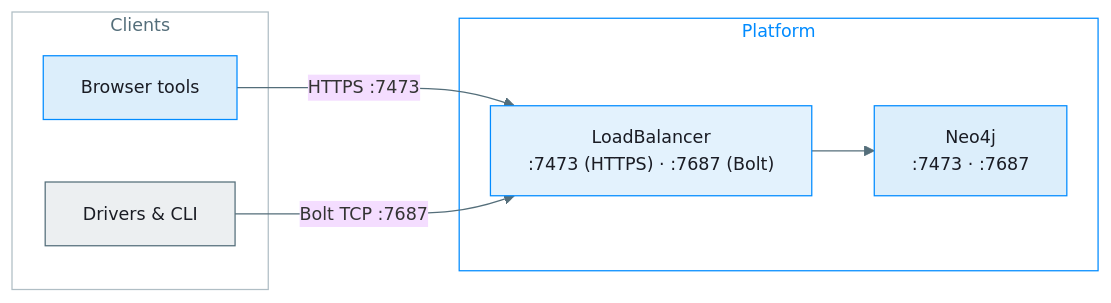
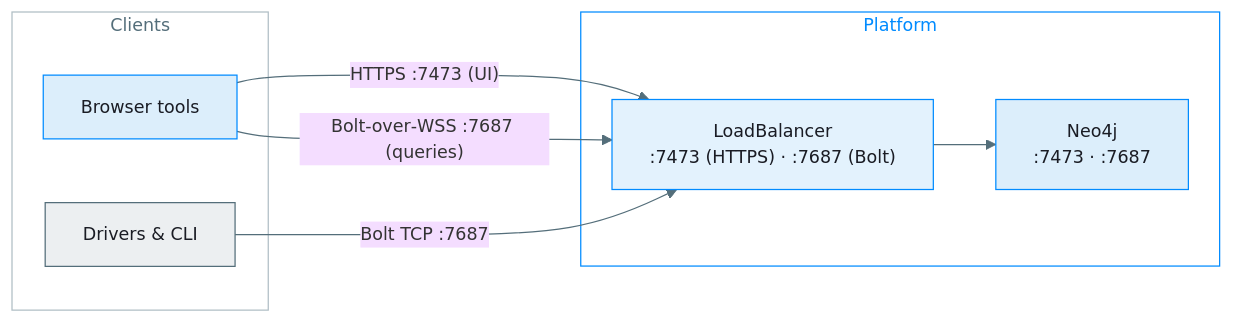
One commit to sebastien-paltrie-neo4j/neo4j-kubernetes changed the fourth of 4 diagrams in neo4j-client-access-patterns.md. Above: the diagram before and after it, drawn with Mermaid. The commit also changed other lines of this file, not shown here.

````diff
--- a/neo4j-client-access-patterns.md
+++ b/neo4j-client-access-patterns.md
@@ -208,24 +212,25 @@
 ```mermaid
 %%{init: {'theme':'base', 'themeVariables': {'lineColor':'#546E7A','fontSize':'14px'}}}%%
 flowchart LR
     subgraph clients ["Clients"]
         b["Browser tools"]
         d["Drivers & CLI"]
     end
 
     subgraph platform ["Platform"]
         lb["LoadBalancer<br/>:7473 (HTTPS) · :7687 (Bolt)"]
         neo["Neo4j<br/>:7473 · :7687"]
     end
 
-    b -- "HTTPS :7473" --> lb
+    b -- "HTTPS :7473 (UI)" --> lb
+    b -- "Bolt‑over‑WSS :7687 (queries)" --> lb
     d -- "Bolt TCP :7687" --> lb
     lb --> neo
 
     style b fill:#DCEEFB,stroke:#018BFF,color:#1A1C24
     style d fill:#ECEFF1,stroke:#546E7A,color:#1A1C24
     style lb fill:#E3F2FD,stroke:#018BFF,color:#1A1C24
     style neo fill:#DCEEFB,stroke:#018BFF,color:#1A1C24
     style clients fill:none,stroke:#B0BEC5,color:#546E7A
     style platform fill:none,stroke:#018BFF,color:#018BFF
 ```
````
